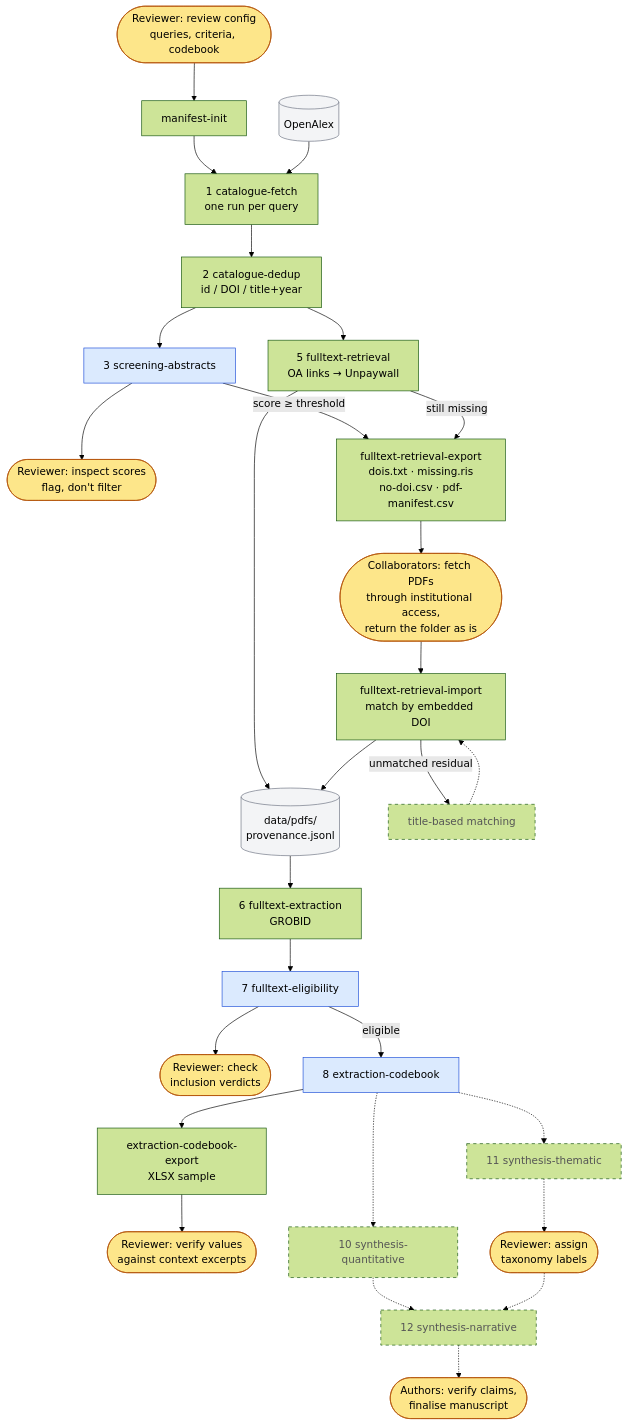
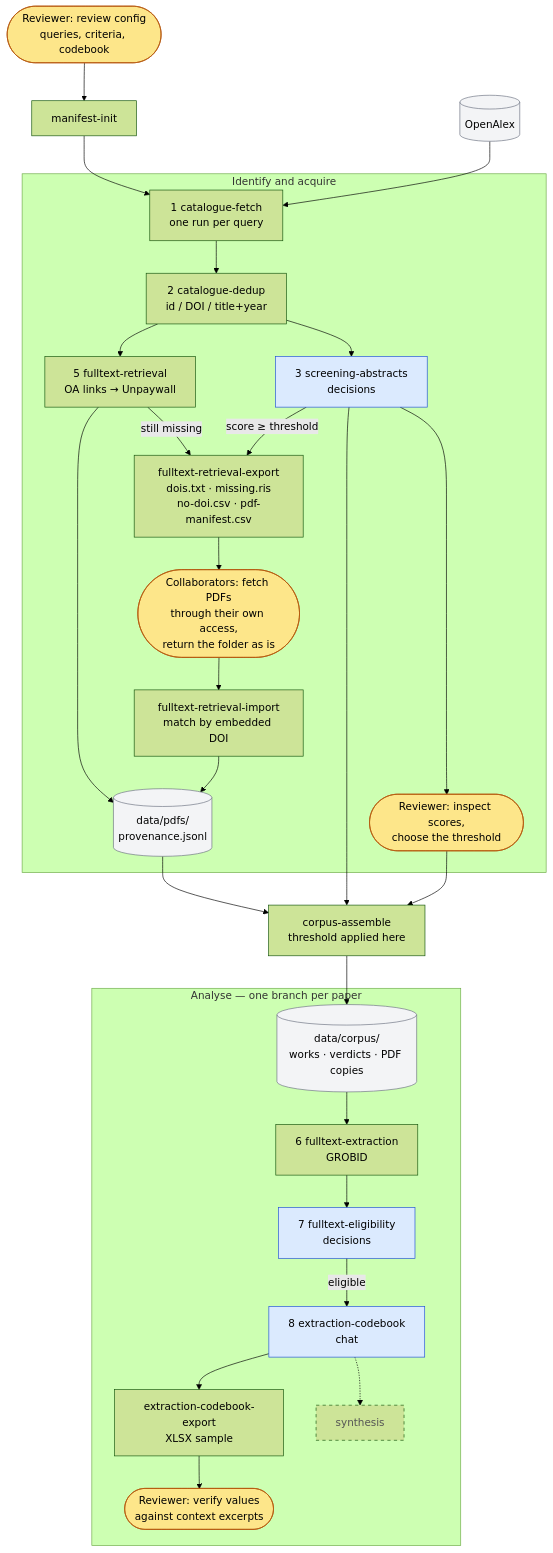
Before and after one commit to geomar-od-lagrange/2026_laglitsynth: the diagram in docs/pipeline.md, drawn with Mermaid (forest theme). The commit also changed other lines of this file and 23 other files, not shown here.

First line of the commit message:
Docs and roadmap for the restructured pipeline

````diff
--- a/docs/pipeline.md
+++ b/docs/pipeline.md
@@ -208,42 +185,40 @@
 ```mermaid
 flowchart TD
     classDef human fill:#fde68a,stroke:#b45309,color:#000
     classDef llm fill:#dbeafe,stroke:#1d4ed8,color:#000
     classDef store fill:#f3f4f6,stroke:#6b7280,color:#000
     classDef planned stroke-dasharray: 5 5,color:#555
 
     H0([Reviewer: review config<br/>queries, criteria, codebook]):::human
     H0 --> INIT[manifest-init]
     INIT --> FETCH
     OA[(OpenAlex)]:::store --> FETCH
 
-    FETCH[1 catalogue-fetch<br/>one run per query]
-    FETCH --> DEDUP[2 catalogue-dedup<br/>id / DOI / title+year]
-    DEDUP --> SCREEN[3 screening-abstracts]:::llm
-    SCREEN --> H3([Reviewer: inspect scores<br/>flag, don't filter]):::human
+    subgraph ACQ [Identify and acquire]
+        FETCH[1 catalogue-fetch<br/>one run per query]
+        FETCH --> DEDUP[2 catalogue-dedup<br/>id / DOI / title+year]
+        DEDUP --> SCREEN[3 screening-abstracts<br/>decisions]:::llm
+        DEDUP --> RETR[5 fulltext-retrieval<br/>OA links → Unpaywall]
+        RETR --> PDFS[(data/pdfs/<br/>provenance.jsonl)]:::store
+        RETR -->|still missing| EXPORT[fulltext-retrieval-export<br/>dois.txt · missing.ris<br/>no-doi.csv · pdf-manifest.csv]
+        SCREEN -->|score ≥ threshold| EXPORT
+        EXPORT --> H5([Collaborators: fetch PDFs<br/>through their own access,<br/>return the folder as is]):::human
+        H5 --> IMPORT[fulltext-retrieval-import<br/>match by embedded DOI]
+        IMPORT --> PDFS
+        SCREEN --> H3([Reviewer: inspect scores,<br/>choose the threshold]):::human
+    end
 
-    DEDUP --> RETR[5 fulltext-retrieval<br/>OA links → Unpaywall]
-    RETR --> PDFS[(data/pdfs/<br/>provenance.jsonl)]:::store
-    SCREEN -->|score ≥ threshold| EXPORT
-    RETR -->|still missing| EXPORT[fulltext-retrieval-export<br/>dois.txt · missing.ris<br/>no-doi.csv · pdf-manifest.csv]
-    EXPORT --> H5([Collaborators: fetch PDFs<br/>through institutional access,<br/>return the folder as is]):::human
-    H5 --> IMPORT[fulltext-retrieval-import<br/>match by embedded DOI]
-    IMPORT --> PDFS
-    IMPORT -->|unmatched residual| TM[title-based matching]:::planned
-    TM -.-> IMPORT
+    PDFS --> CORPUS
+    SCREEN --> CORPUS
+    H3 --> CORPUS[corpus-assemble<br/>threshold applied here]
+    CORPUS --> CDIR[(data/corpus/<br/>works · verdicts · PDF copies)]:::store
 
-    PDFS --> GROBID[6 fulltext-extraction<br/>GROBID]
-    GROBID --> ELIG[7 fulltext-eligibility]:::llm
-    ELIG --> H7([Reviewer: check<br/>inclusion verdicts]):::human
-
-    ELIG -->|eligible| CODE[8 extraction-codebook]:::llm
-    CODE --> CX[extraction-codebook-export<br/>XLSX sample]
-    CX --> H8([Reviewer: verify values<br/>against context excerpts]):::human
-
-    CODE -.-> QS[10 synthesis-quantitative]:::planned
-    CODE -.-> TS[11 synthesis-thematic]:::planned
-    TS -.-> H11([Reviewer: assign<br/>taxonomy labels]):::human
-    QS -.-> NARR[12 synthesis-narrative]:::planned
-    H11 -.-> NARR
-    NARR -.-> H12([Authors: verify claims,<br/>finalise manuscript]):::human
+    subgraph ANA [Analyse — one branch per paper]
+        CDIR --> GROBID[6 fulltext-extraction<br/>GROBID]
+        GROBID --> ELIG[7 fulltext-eligibility<br/>decisions]:::llm
+        ELIG -->|eligible| CODE[8 extraction-codebook<br/>chat]:::llm
+        CODE --> CX[extraction-codebook-export<br/>XLSX sample]
+        CX --> H8([Reviewer: verify values<br/>against context excerpts]):::human
+        CODE -.-> SYN[synthesis]:::planned
+    end
 ```
````
